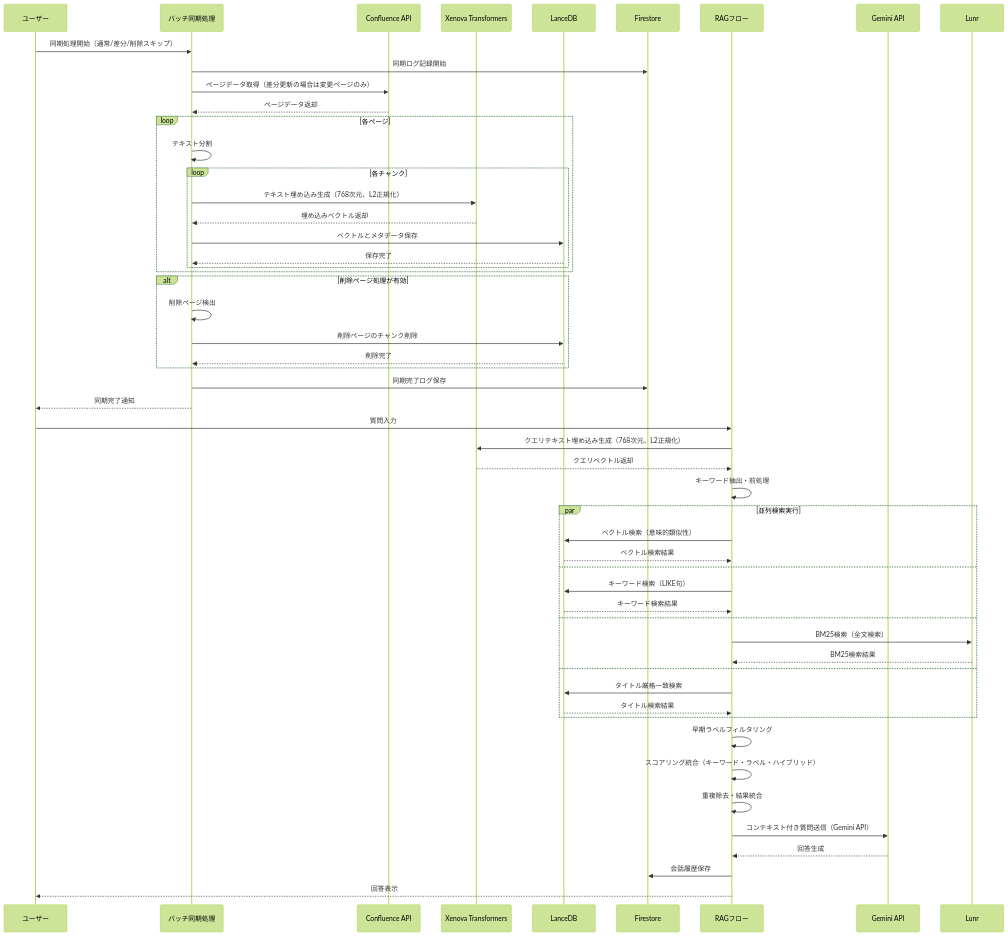
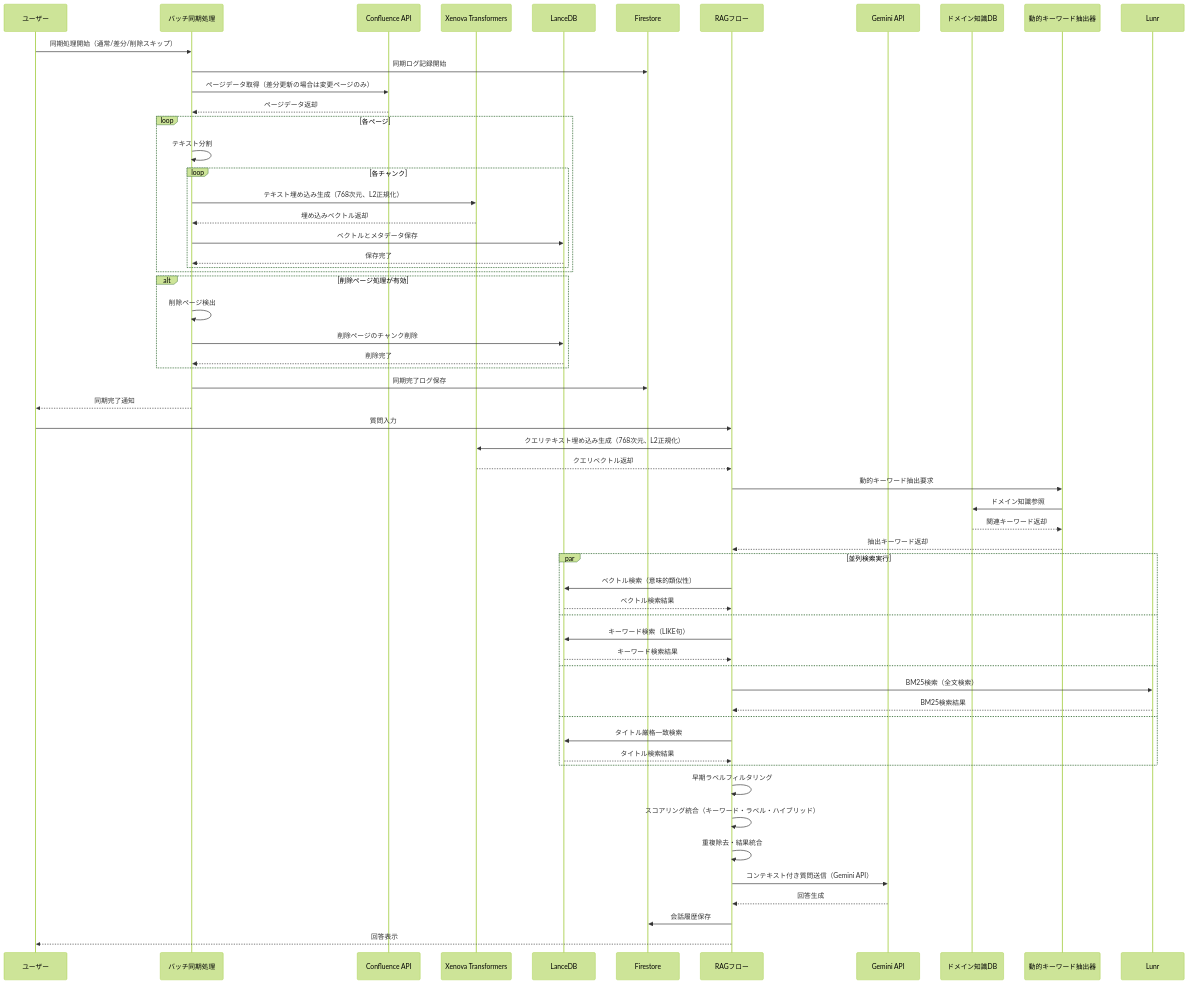
One commit to gucchon001/Confluence_firebase changed the third of 3 diagrams in docs/data-flow-diagram-lancedb.md. Above: the diagram before and after it, drawn with Mermaid (forest theme). The commit also changed other lines of this file and 14 other files, not shown here.

````diff
--- a/docs/data-flow-diagram-lancedb.md
+++ b/docs/data-flow-diagram-lancedb.md
@@ -86,62 +92,67 @@
 ```mermaid
 sequenceDiagram
     participant User as ユーザー
     participant Batch as バッチ同期処理
     participant Confluence as Confluence API
     participant Embed as Xenova Transformers
     participant LDB as LanceDB
     participant FS as Firestore
     participant RAG as RAGフロー
     participant LLM as Gemini API
+    participant DK as ドメイン知識DB
+    participant KW as 動的キーワード抽出器
 
     %% データ同期フロー
     User->>Batch: 同期処理開始（通常/差分/削除スキップ）
     Batch->>FS: 同期ログ記録開始
     Batch->>Confluence: ページデータ取得（差分更新の場合は変更ページのみ）
     Confluence-->>Batch: ページデータ返却
     loop 各ページ
         Batch->>Batch: テキスト分割
         loop 各チャンク
             Batch->>Embed: テキスト埋め込み生成（768次元、L2正規化）
             Embed-->>Batch: 埋め込みベクトル返却
             Batch->>LDB: ベクトルとメタデータ保存
             LDB-->>Batch: 保存完了
         end
     end
     
     %% 削除ページ処理
     alt 削除ページ処理が有効
         Batch->>Batch: 削除ページ検出
         Batch->>LDB: 削除ページのチャンク削除
         LDB-->>Batch: 削除完了
     end
     
     Batch->>FS: 同期完了ログ保存
     Batch-->>User: 同期完了通知
     
     %% ハイブリッド検索・回答生成フロー
     User->>RAG: 質問入力
     RAG->>Embed: クエリテキスト埋め込み生成（768次元、L2正規化）
     Embed-->>RAG: クエリベクトル返却
-    RAG->>RAG: キーワード抽出・前処理
+    RAG->>KW: 動的キーワード抽出要求
+    KW->>DK: ドメイン知識参照
+    DK-->>KW: 関連キーワード返却
+    KW-->>RAG: 抽出キーワード返却
     par 並列検索実行
         RAG->>LDB: ベクトル検索（意味的類似性）
         LDB-->>RAG: ベクトル検索結果
     and
         RAG->>LDB: キーワード検索（LIKE句）
         LDB-->>RAG: キーワード検索結果
     and
         RAG->>Lunr: BM25検索（全文検索）
         Lunr-->>RAG: BM25検索結果
     and
         RAG->>LDB: タイトル厳格一致検索
         LDB-->>RAG: タイトル検索結果
     end
     RAG->>RAG: 早期ラベルフィルタリング
     RAG->>RAG: スコアリング統合（キーワード・ラベル・ハイブリッド）
     RAG->>RAG: 重複除去・結果統合
     RAG->>LLM: コンテキスト付き質問送信（Gemini API）
     LLM-->>RAG: 回答生成
     RAG->>FS: 会話履歴保存
     RAG-->>User: 回答表示
 ```
````
